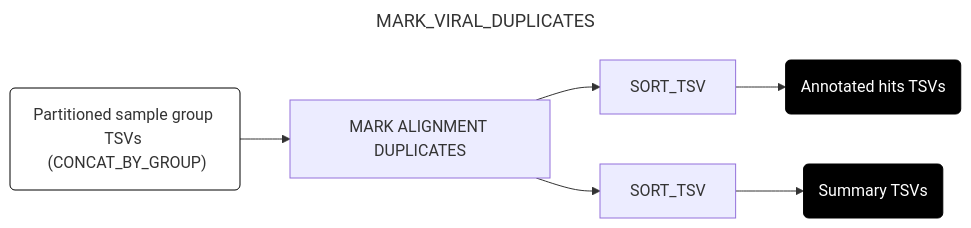
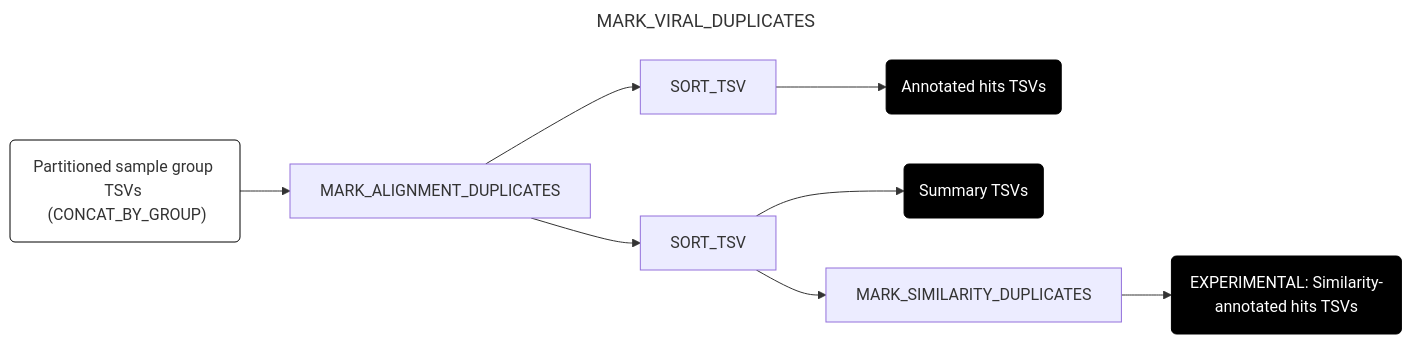
Before and after one commit to securebio/nao-mgs-workflow: the fourth of 10 diagrams in docs/downstream.md, drawn with Mermaid. The commit also changed other lines of this file and 8 other files, not shown here.

First line of the commit message:
Add MARK_SIMILARITY_DUPLICATES process and subworkflow integration (#724)

````diff
--- a/docs/downstream.md
+++ b/docs/downstream.md
@@ -152,16 +157,19 @@
 ```mermaid
 ---
 title: MARK_VIRAL_DUPLICATES
 config:
   layout: horizontal
 ---
 flowchart LR
-A("Partitioned sample group TSVs <br> (CONCAT_BY_GROUP)") --> B[MARK ALIGNMENT DUPLICATES]
+A("Partitioned sample group TSVs <br> (CONCAT_BY_GROUP)") --> B[MARK_ALIGNMENT_DUPLICATES]
 B --> C[SORT_TSV]
 B --> D[SORT_TSV]
 C --> E(Annotated hits TSVs)
 D --> F(Summary TSVs)
+D --> G[MARK_SIMILARITY_DUPLICATES]
+G --> H(EXPERIMENTAL: Similarity-annotated hits TSVs)
 style A fill:#fff,stroke:#000
 style E fill:#000,color:#fff,stroke:#000
 style F fill:#000,color:#fff,stroke:#000
+style H fill:#000,color:#fff,stroke:#000
 ```
````
